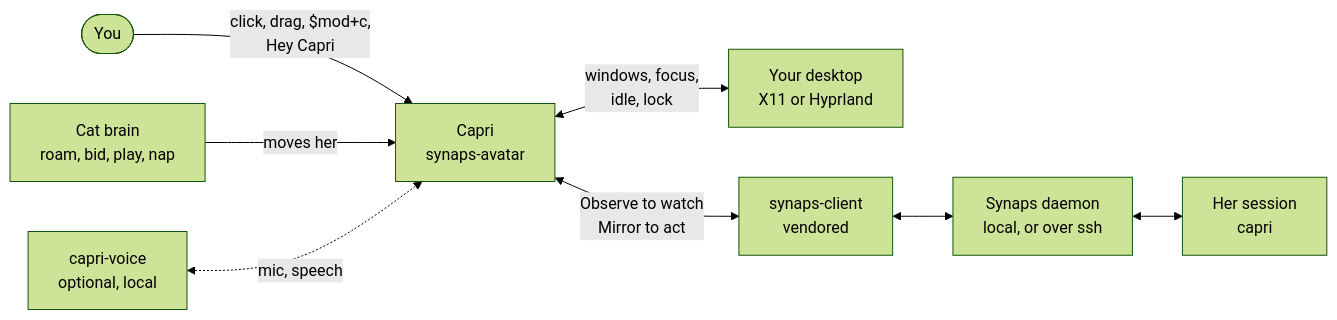
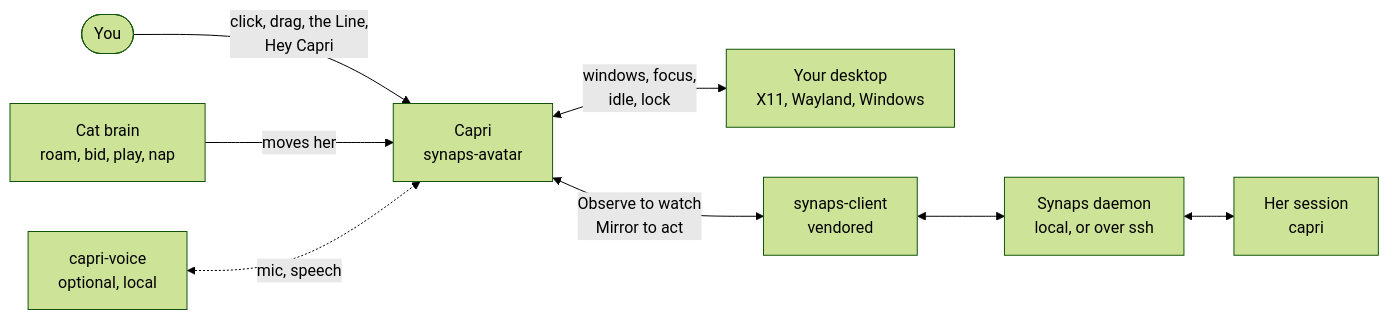
One commit to HaseebKhalid1507/capri-syn changed the diagram in README.md. Above: the diagram before and after it, drawn with Mermaid (forest theme). The commit also changed other lines of this file and 25 other files, not shown here.

````diff
--- a/README.md
+++ b/README.md
@@ -155,19 +272,19 @@
 ```mermaid
 flowchart LR
     you(["You"])
     brain["Cat brain<br/>roam, bid, play, nap"]
     voice["capri-voice<br/>optional, local"]
     capri["Capri<br/>synaps-avatar"]
-    desk["Your desktop<br/>X11 or Hyprland"]
+    desk["Your desktop<br/>X11, Wayland, Windows"]
     client["synaps-client<br/>vendored"]
     daemon["Synaps daemon<br/>local, or over ssh"]
     session["Her session<br/>capri"]
 
-    you -->|"click, drag, $mod+c,<br/>Hey Capri"| capri
+    you -->|"click, drag, the Line,<br/>Hey Capri"| capri
     brain -->|"moves her"| capri
     capri <-->|"windows, focus,<br/>idle, lock"| desk
     voice <-.->|"mic, speech"| capri
     capri <-->|"Observe to watch<br/>Mirror to act"| client
     client <--> daemon
     daemon <--> session
 ```
````
